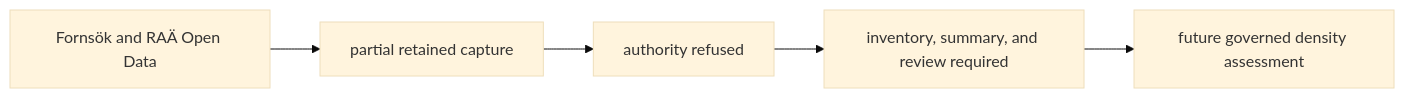
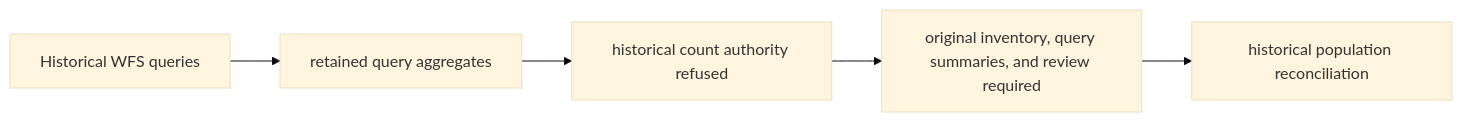
One commit to bijux/bijux-pollenomics changed the first of 2 diagrams in docs/public/pollenomics-data/sources/raa.md. Above: the diagram before and after it, drawn with Mermaid (base theme). The commit also changed other lines of this file and 1 other file, not shown here.

Commit message:
docs(raa): distinguish historical and native publication routes

````diff
--- a/docs/public/pollenomics-data/sources/raa.md
+++ b/docs/public/pollenomics-data/sources/raa.md
@@ -41,7 +48,7 @@
 ```mermaid
 flowchart LR
-    Source["Fornsök and RAÄ Open Data"] --> Capture["partial retained capture"]
-    Capture --> Refusal["authority refused"]
-    Refusal --> Missing["inventory, summary, and review required"]
-    Missing --> Future["future governed density assessment"]
+    Source["Historical WFS queries"] --> Capture["retained query aggregates"]
+    Capture --> Refusal["historical count authority refused"]
+    Refusal --> Missing["original inventory, query summaries, and review required"]
+    Missing --> Future["historical population reconciliation"]
 ```
````
